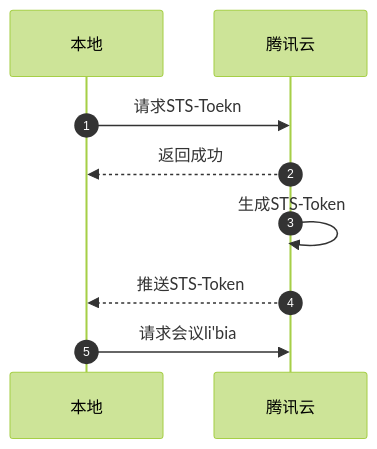
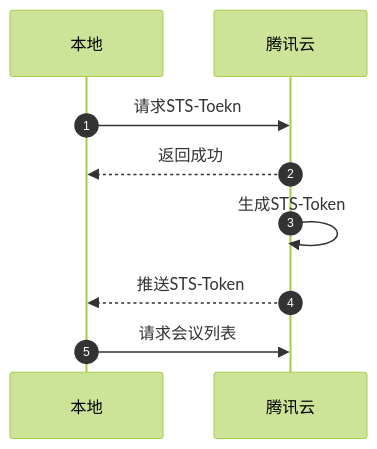
One commit to HY-10-8/iodraw-files changed the diagram in all/未命名-5.md. Above: the diagram before and after it, drawn with Mermaid (forest theme).

Commit message:
2026-04-24 10:26:32 update

````diff
--- a/all/未命名-5.md
+++ b/all/未命名-5.md
@@ -1,14 +1,15 @@
 ```mermaid
 sequenceDiagram
     autonumber
 
     participant 本地 
     participant 腾讯云
     
     本地->>腾讯云: 请求STS-Toekn
     腾讯云-->>本地: 返回成功
     腾讯云->>腾讯云: 生成STS-Token
     腾讯云-->>本地: 推送STS-Token
-    本地->>腾讯云: 请求会议li'bia
+    本地->>腾讯云: 请求会议列表
+    
 
 ```
````
